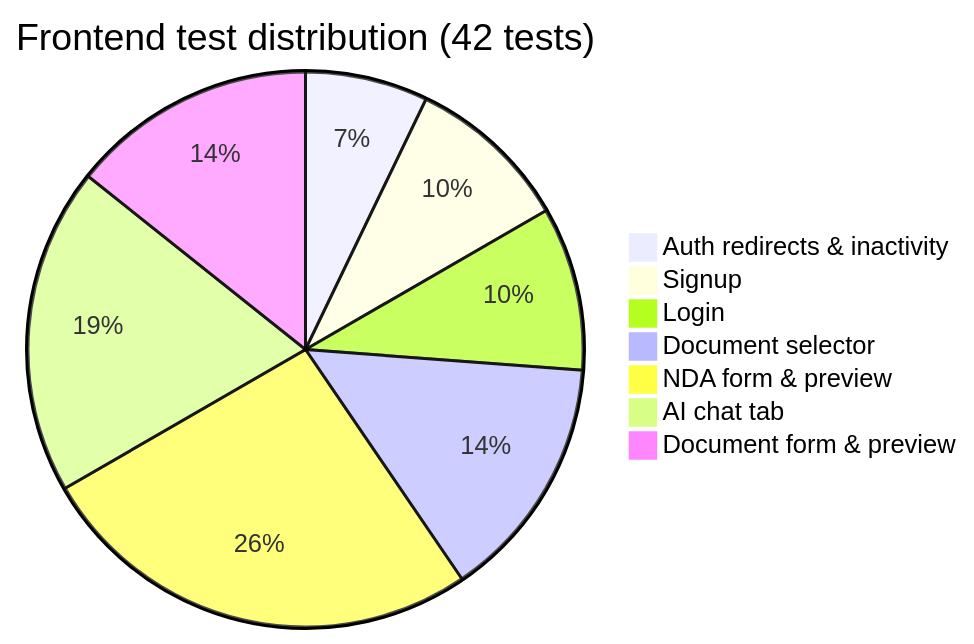
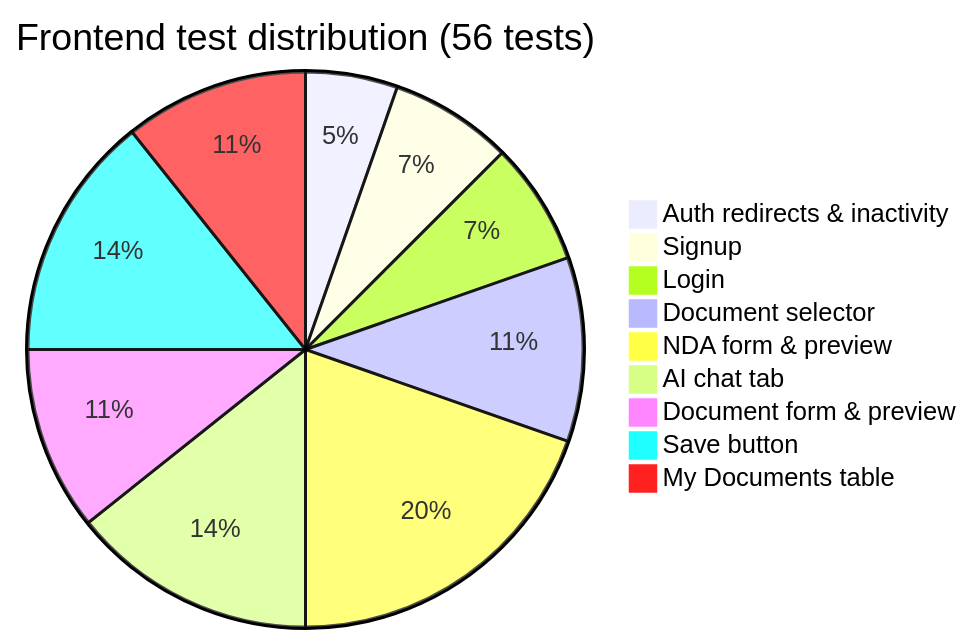
Before and after one commit to shaynemeyer/prelegal: the third of 6 diagrams in docs/test-coverage-report.md, drawn with Mermaid. The commit also changed other lines of this file and 14 other files, not shown here.

First line of the commit message:
feat(PL-10): My Documents data table with edit and delete actions

````diff
--- a/docs/test-coverage-report.md
+++ b/docs/test-coverage-report.md
@@ -94,10 +94,12 @@
 ```mermaid
-pie title Frontend test distribution (42 tests)
+pie title Frontend test distribution (56 tests)
     "Auth redirects & inactivity" : 3
     "Signup" : 4
     "Login" : 4
     "Document selector" : 6
     "NDA form & preview" : 11
     "AI chat tab" : 8
     "Document form & preview" : 6
+    "Save button" : 8
+    "My Documents table" : 6
 ```
````
